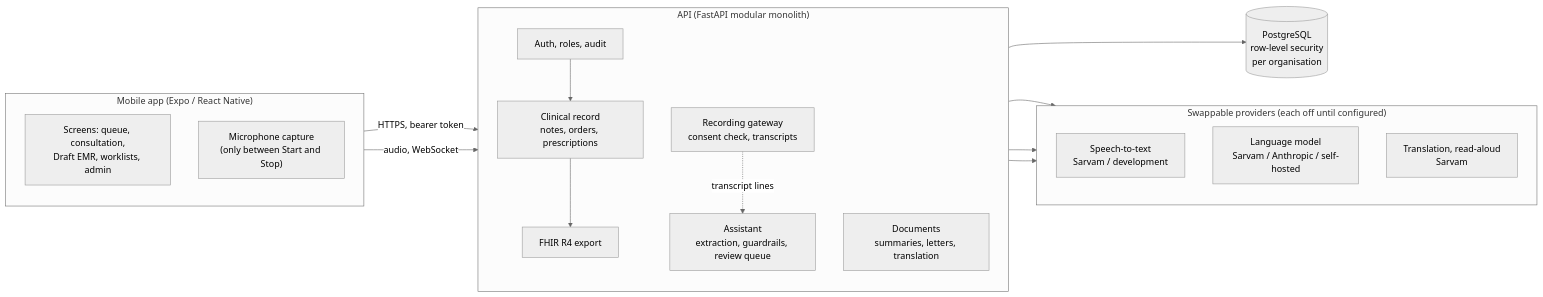
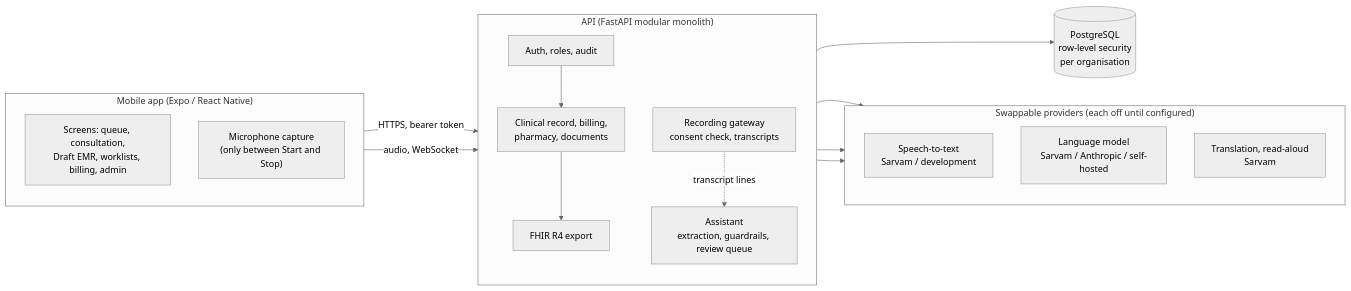
The first of 3 diagrams in README.md (masthan85/AarogyaOS), drawn with Mermaid (neutral theme) before and after one commit. The commit also changed other lines of this file and 30 other files, not shown here.

````diff
--- a/README.md
+++ b/README.md
@@ -65,37 +21,36 @@
 ```mermaid
 flowchart LR
     subgraph Phone["Mobile app (Expo / React Native)"]
         direction TB
-        UI["Screens: queue, consultation,<br/>Draft EMR, worklists, admin"]
+        UI["Screens: queue, consultation,<br/>Draft EMR, worklists, billing, admin"]
         MIC["Microphone capture<br/>(only between Start and Stop)"]
     end
 
     subgraph API["API (FastAPI modular monolith)"]
         direction TB
         AUTH["Auth, roles, audit"]
         REC["Recording gateway<br/>consent check, transcripts"]
-        CLIN["Clinical record<br/>notes, orders, prescriptions"]
+        CLIN["Clinical record, billing,<br/>pharmacy, documents"]
         AI["Assistant<br/>extraction, guardrails, review queue"]
-        DOC["Documents<br/>summaries, letters, translation"]
         FHIR["FHIR R4 export"]
     end
 
     subgraph Providers["Swappable providers (each off until configured)"]
         direction TB
         STT["Speech-to-text<br/>Sarvam / development"]
         LLM["Language model<br/>Sarvam / Anthropic / self-hosted"]
         TR["Translation, read-aloud<br/>Sarvam"]
     end
 
     DB[("PostgreSQL<br/>row-level security<br/>per organisation")]
 
     UI -->|"HTTPS, bearer token"| AUTH
     MIC -->|"audio, WebSocket"| REC
     AUTH --> CLIN
     CLIN --> FHIR
     REC --> STT
     AI --> LLM
-    DOC --> TR
+    CLIN --> TR
     REC -.->|"transcript lines"| AI
     API --> DB
 ```
````
